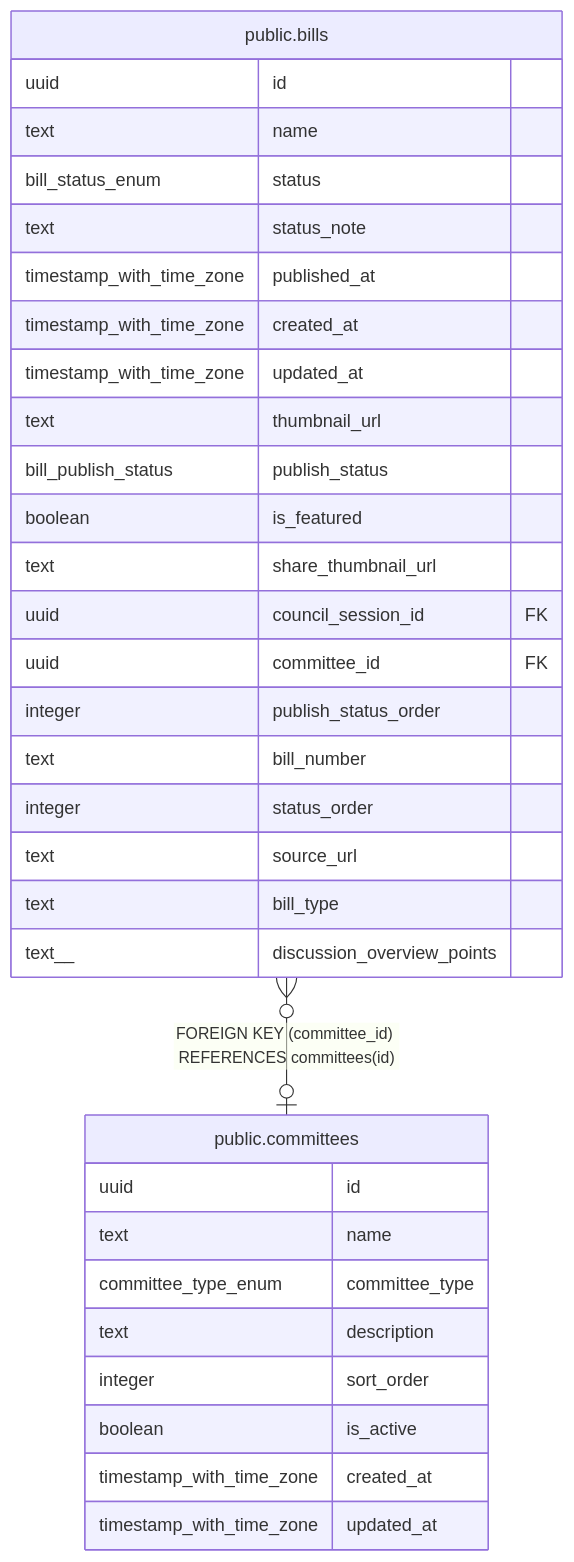
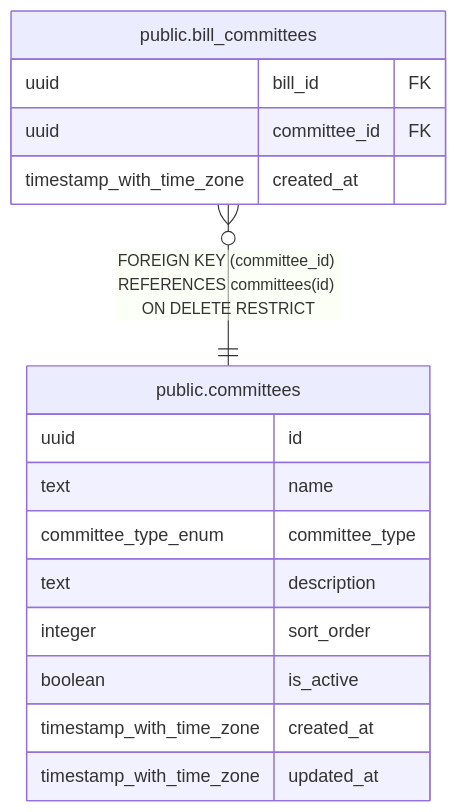
Before and after one commit to s-takahashi-hokkaido/dejimin-gikai: the diagram in docs/schema/public.committees.md, drawn with Mermaid. The commit also changed other lines of this file and 58 other files, not shown here.

````diff
--- a/docs/schema/public.committees.md
+++ b/docs/schema/public.committees.md
@@ -40,37 +40,21 @@
 ```mermaid
 erDiagram
 
-"public.bills" }o--o| "public.committees" : "FOREIGN KEY (committee_id) REFERENCES committees(id)"
+"public.bill_committees" }o--|| "public.committees" : "FOREIGN KEY (committee_id) REFERENCES committees(id) ON DELETE RESTRICT"
 
 "public.committees" {
   uuid id
   text name
   committee_type_enum committee_type
   text description
   integer sort_order
   boolean is_active
   timestamp_with_time_zone created_at
   timestamp_with_time_zone updated_at
 }
-"public.bills" {
-  uuid id
-  text name
-  bill_status_enum status
-  text status_note
-  timestamp_with_time_zone published_at
+"public.bill_committees" {
+  uuid bill_id FK
+  uuid committee_id FK
   timestamp_with_time_zone created_at
-  timestamp_with_time_zone updated_at
-  text thumbnail_url
-  bill_publish_status publish_status
-  boolean is_featured
-  text share_thumbnail_url
-  uuid council_session_id FK
-  uuid committee_id FK
-  integer publish_status_order
-  text bill_number
-  integer status_order
-  text source_url
-  text bill_type
-  text__ discussion_overview_points
 }
 ```
````
